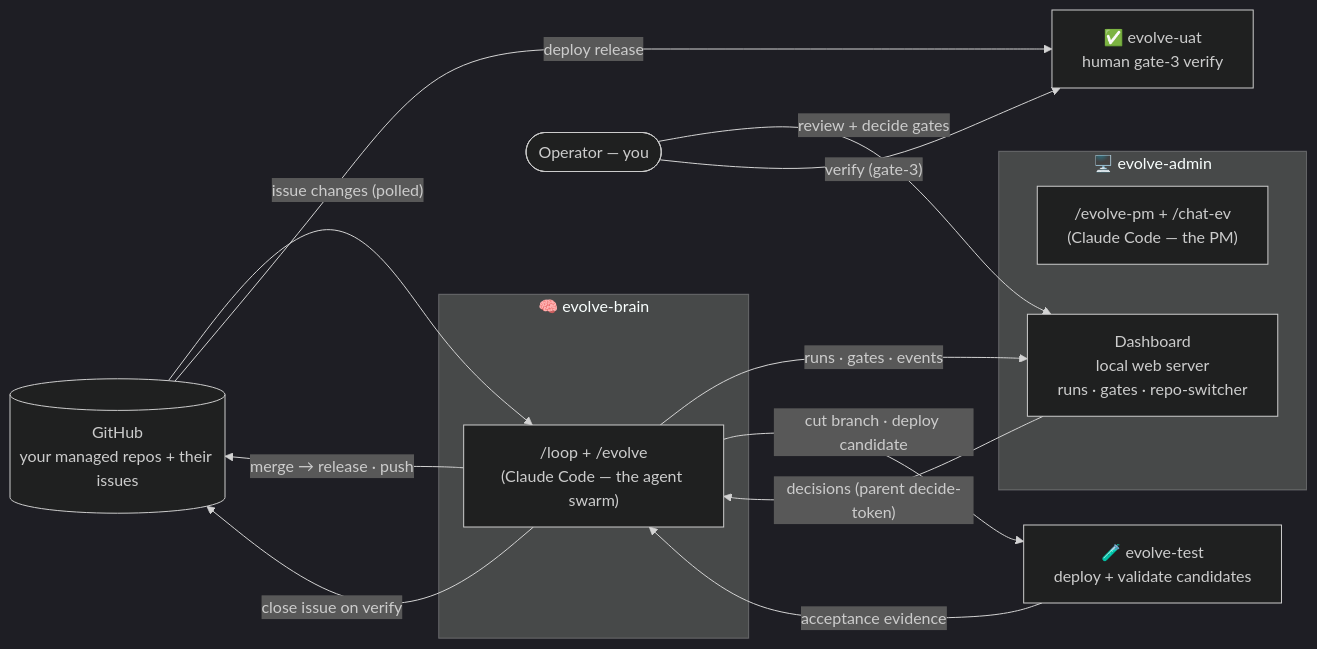
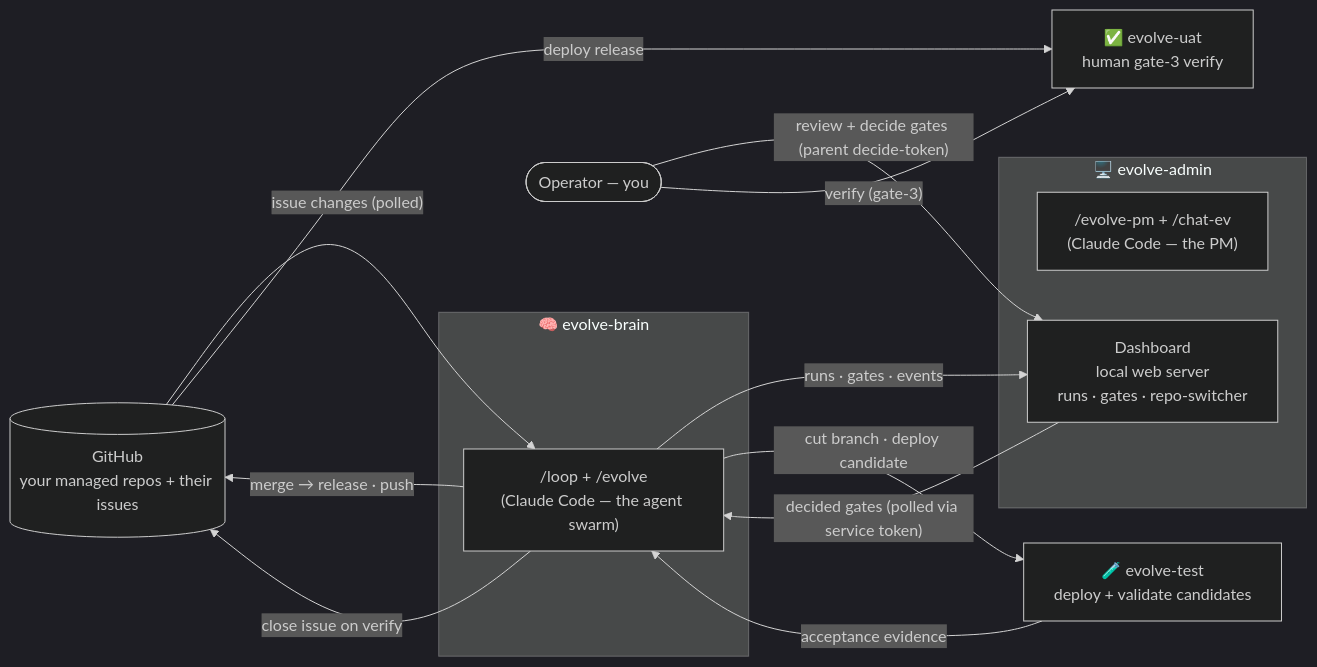
Before and after one commit to familycaptain/evolve: the diagram in README.md, drawn with Mermaid (dark theme). The commit also changed other lines of this file and 44 other files, not shown here.

````diff
--- a/README.md
+++ b/README.md
@@ -41,28 +41,28 @@
 ```mermaid
 flowchart LR
   gh[("GitHub<br/>your managed repos + their issues")]
   human(["Operator — you"])
 
   subgraph admin["🖥️ evolve-admin"]
     pm["/evolve-pm + /chat-ev<br/>(Claude Code — the PM)"]
     dash["Dashboard<br/>local web server<br/>runs · gates · repo-switcher"]
   end
 
   subgraph brain["🧠 evolve-brain"]
     loop["/loop + /evolve<br/>(Claude Code — the agent swarm)"]
   end
 
   test["🧪 evolve-test<br/>deploy + validate candidates"]
   uat["✅ evolve-uat<br/>human gate-3 verify"]
 
   gh -- "issue changes (polled)" --> loop
-  human -- "review + decide gates" --> dash
-  dash -- "decisions (parent decide-token)" --> loop
+  human -- "review + decide gates (parent decide-token)" --> dash
+  dash -- "decided gates (polled via service token)" --> loop
   loop -- "runs · gates · events" --> dash
   loop -- "cut branch · deploy candidate" --> test
   test -- "acceptance evidence" --> loop
   loop -- "merge → release · push" --> gh
   gh -- "deploy release" --> uat
   human -- "verify (gate-3)" --> uat
   loop -- "close issue on verify" --> gh
 ```
````
